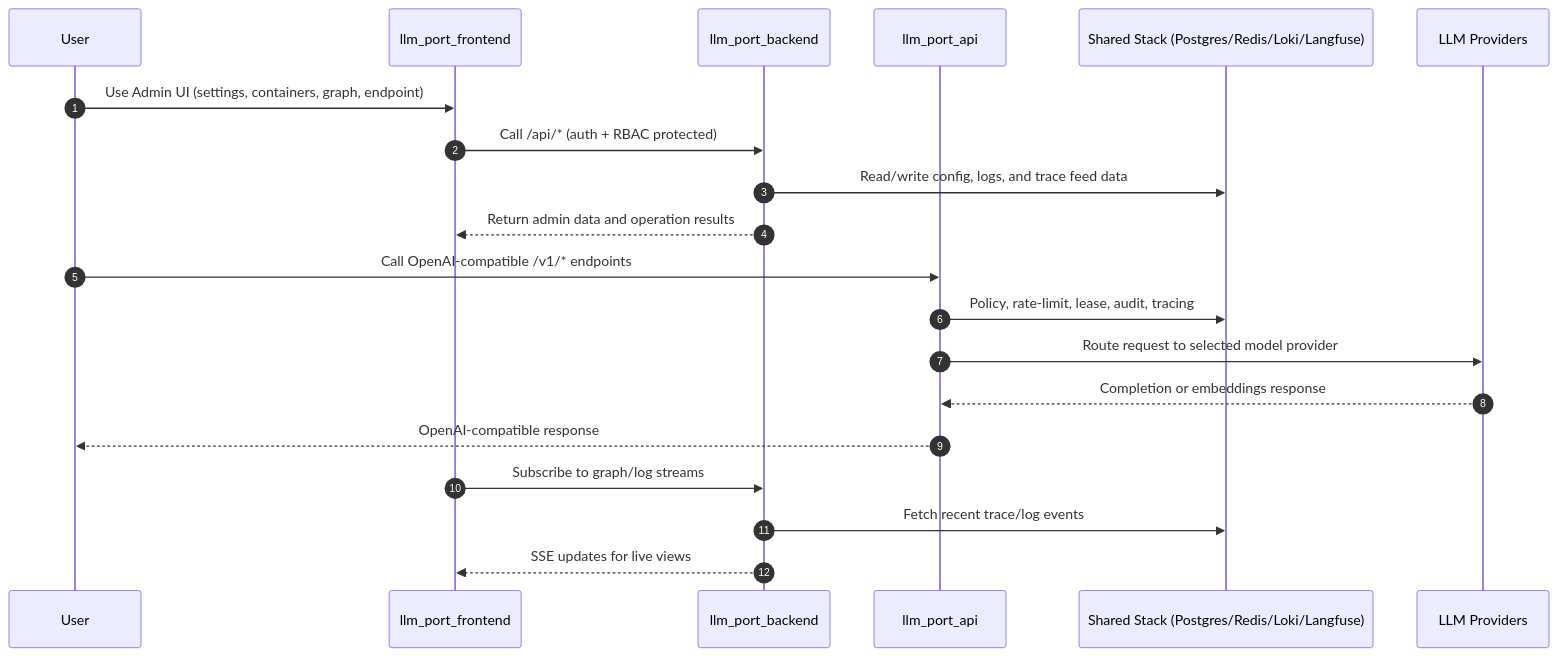
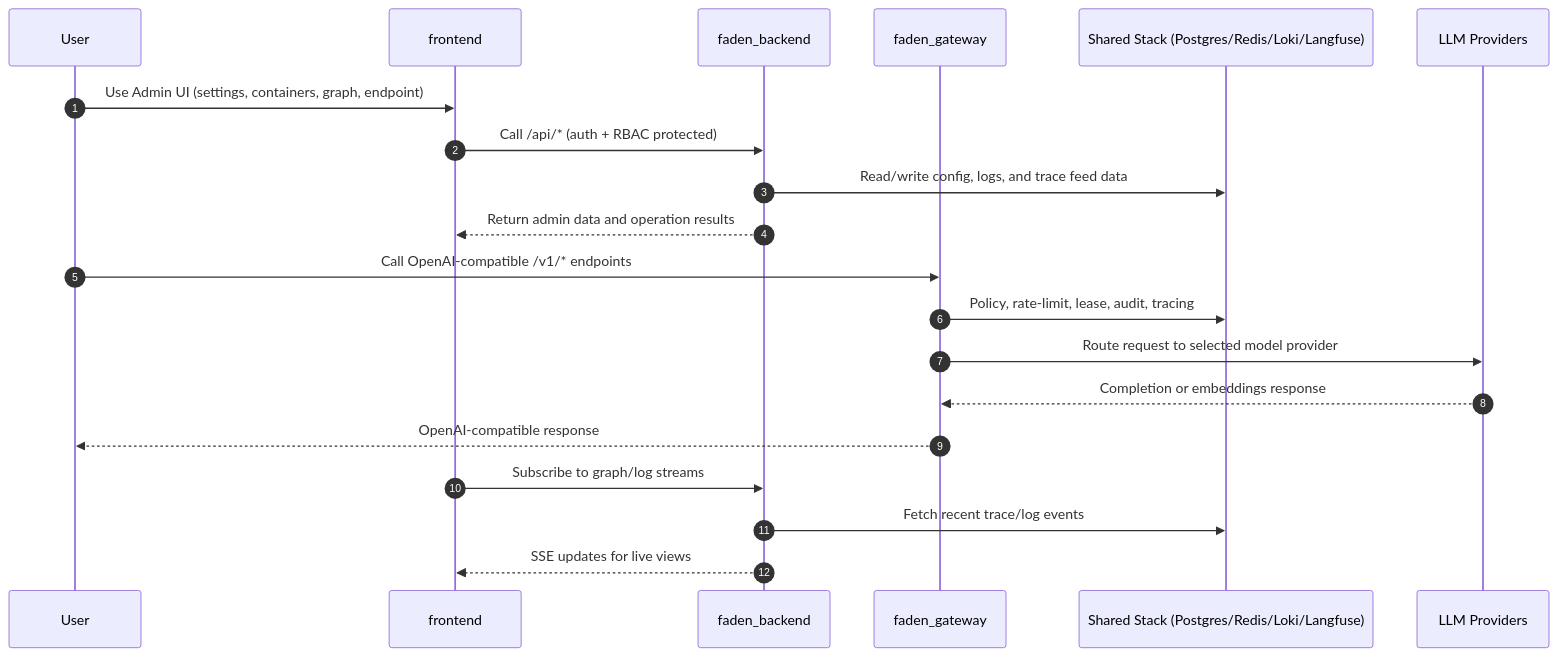
One commit to fadenstack/fadenstack changed the diagram in frontend/README.md. Above: the diagram before and after it, drawn with Mermaid. The commit also changed other lines of this file and 870 other files, not shown here.

First line of the commit message:
Rename: LLM.Port -> Fadenstack in the content

````diff
--- a/frontend/README.md
+++ b/frontend/README.md
@@ -111,25 +111,25 @@
 ```mermaid
 sequenceDiagram
     autonumber
     participant User
-    participant Frontend as llm_port_frontend
-    participant Backend as llm_port_backend
-    participant Gateway as llm_port_api
+    participant Frontend as frontend
+    participant Backend as faden_backend
+    participant Gateway as faden_gateway
     participant Shared as Shared Stack (Postgres/Redis/Loki/Langfuse)
     participant Provider as LLM Providers
 
     User->>Frontend: Use Admin UI (settings, containers, graph, endpoint)
     Frontend->>Backend: Call /api/* (auth + RBAC protected)
     Backend->>Shared: Read/write config, logs, and trace feed data
     Backend-->>Frontend: Return admin data and operation results
 
     User->>Gateway: Call OpenAI-compatible /v1/* endpoints
     Gateway->>Shared: Policy, rate-limit, lease, audit, tracing
     Gateway->>Provider: Route request to selected model provider
     Provider-->>Gateway: Completion or embeddings response
     Gateway-->>User: OpenAI-compatible response
 
     Frontend->>Backend: Subscribe to graph/log streams
     Backend->>Shared: Fetch recent trace/log events
     Backend-->>Frontend: SSE updates for live views
 ```
````
